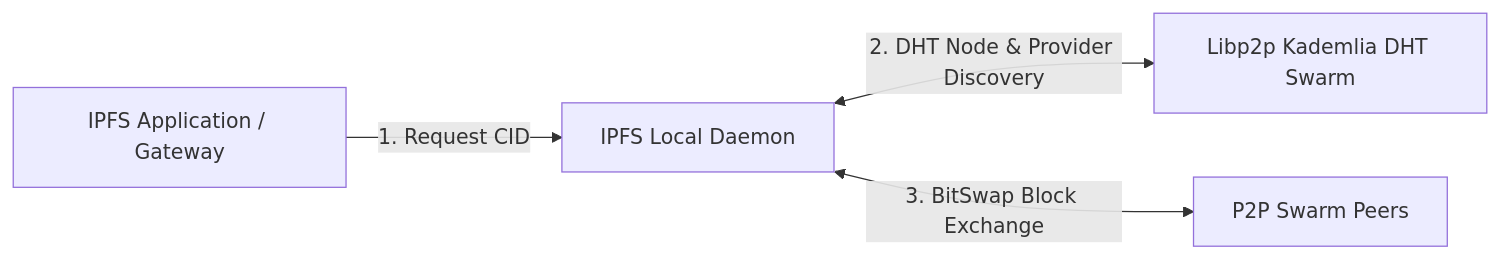
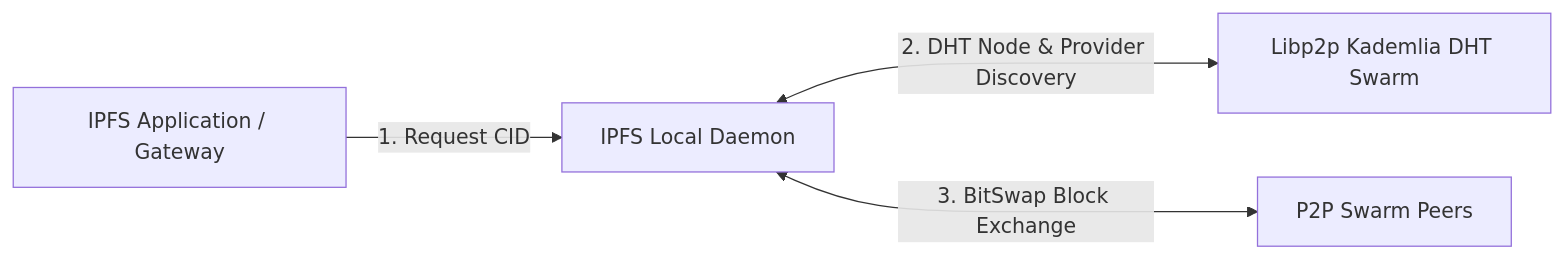
The third of 6 diagrams in docs/atlas/ipfs-libp2p.mdx (koosai/AI-Architect-Learning), drawn with Mermaid before and after one commit. The commit also changed other lines of this file and 68 other files, not shown here.

Commit message:
fix(atlas): fix browser client-side Mermaid rendering for mindmaps and flowcharts across 67 case studies

````diff
--- a/docs/atlas/ipfs-libp2p.mdx
+++ b/docs/atlas/ipfs-libp2p.mdx
@@ -116,6 +116,6 @@
 ```mermaid
 graph LR
   ClientApp["IPFS Application / Gateway"] -->|1. Request CID| IPFSNode["IPFS Local Daemon"]
-  IPFSNode <-->|2. DHT Node & Provider Discovery| Libp2pDHT["Libp2p Kademlia DHT Swarm"]
-  IPFSNode <-->|3. BitSwap Block Exchange| P2PPeers["P2P Swarm Peers"]
+  IPFSNode <--->|2. DHT Node & Provider Discovery| Libp2pDHT["Libp2p Kademlia DHT Swarm"]
+  IPFSNode <--->|3. BitSwap Block Exchange| P2PPeers["P2P Swarm Peers"]
 ```
````
